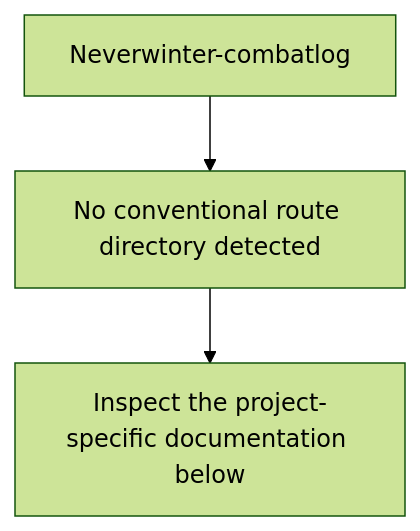
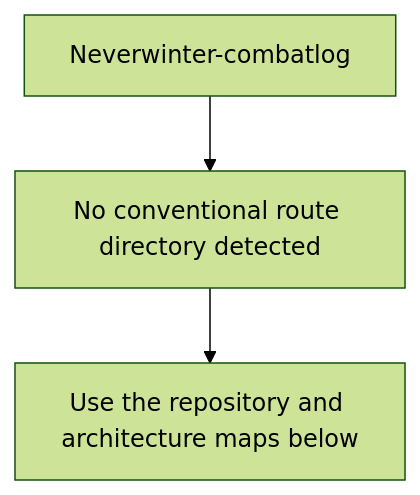
Before and after one commit to Nischhalsubba/Neverwinter-combatlog: the second of 6 diagrams in README.md, drawn with Mermaid (forest theme). The commit also changed other lines of this file, not shown here.

````diff
--- a/README.md
+++ b/README.md
@@ -46,6 +85,6 @@
 ```mermaid
 flowchart TD
     APP["Neverwinter-combatlog"]
     APP --> SOURCE["No conventional route directory detected"]
-    SOURCE --> VERIFY["Inspect the project-specific documentation below"]
+    SOURCE --> GUIDE["Use the repository and architecture maps below"]
 ```
````
